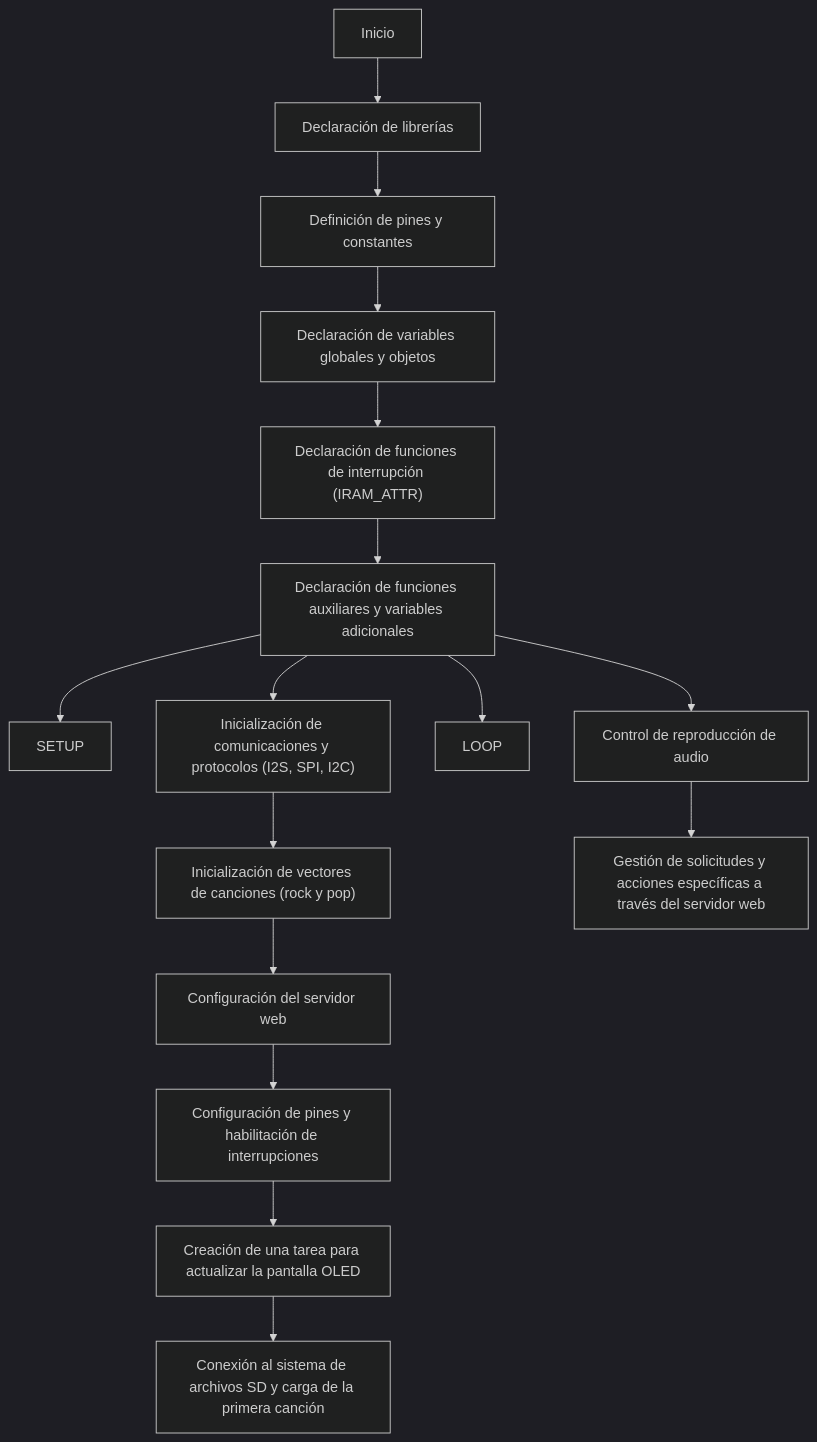
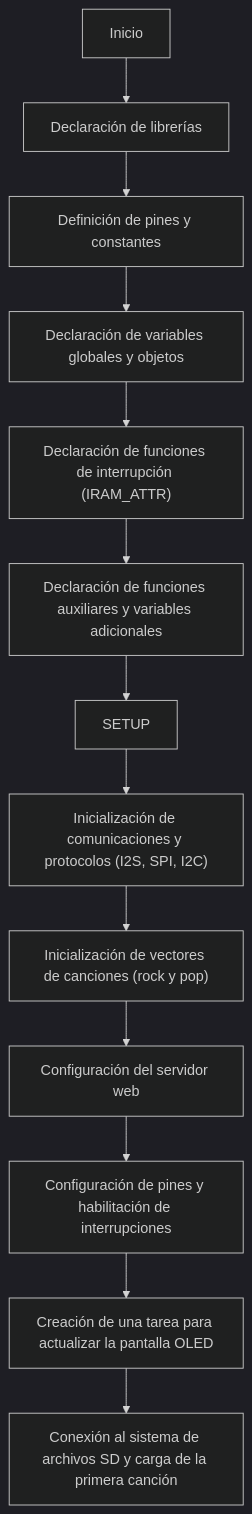
Before and after one commit to Yagouch/ProcesadoresDigitales: the diagram in README.md, drawn with Mermaid (dark theme).

````diff
--- a/README.md
+++ b/README.md
@@ -1048,26 +1048,23 @@
 ```mermaid
 flowchart TD;
     A[Inicio] --> B[Declaración de librerías];
     B -->C[Definición de pines y constantes];
     C-->D[Declaración de variables globales y objetos];
     D -->E["Declaración de funciones de interrupción (IRAM_ATTR)"];
     E-->F[Declaración de funciones auxiliares y variables adicionales];
     F -->G[SETUP];
-    F -->H["Inicialización de comunicaciones y protocolos (I2S, SPI, I2C)"];
+    G -->H["Inicialización de comunicaciones y protocolos (I2S, SPI, I2C)"];
     H--> I["Inicialización de vectores de canciones (rock y pop)"];
     I -->J[Configuración del servidor web];
     J -->K[Configuración de pines y habilitación de interrupciones];
     K -->L[Creación de una tarea para actualizar la pantalla OLED];
     L -->M[Conexión al sistema de archivos SD y carga de la primera canción];
     
-    F -->N[LOOP];
-    F -->O[Control de reproducción de audio];
-    O -->P[Gestión de solicitudes y acciones específicas a través del servidor web];
-    
+  
     
    
     
     
    
     
 ```
````
